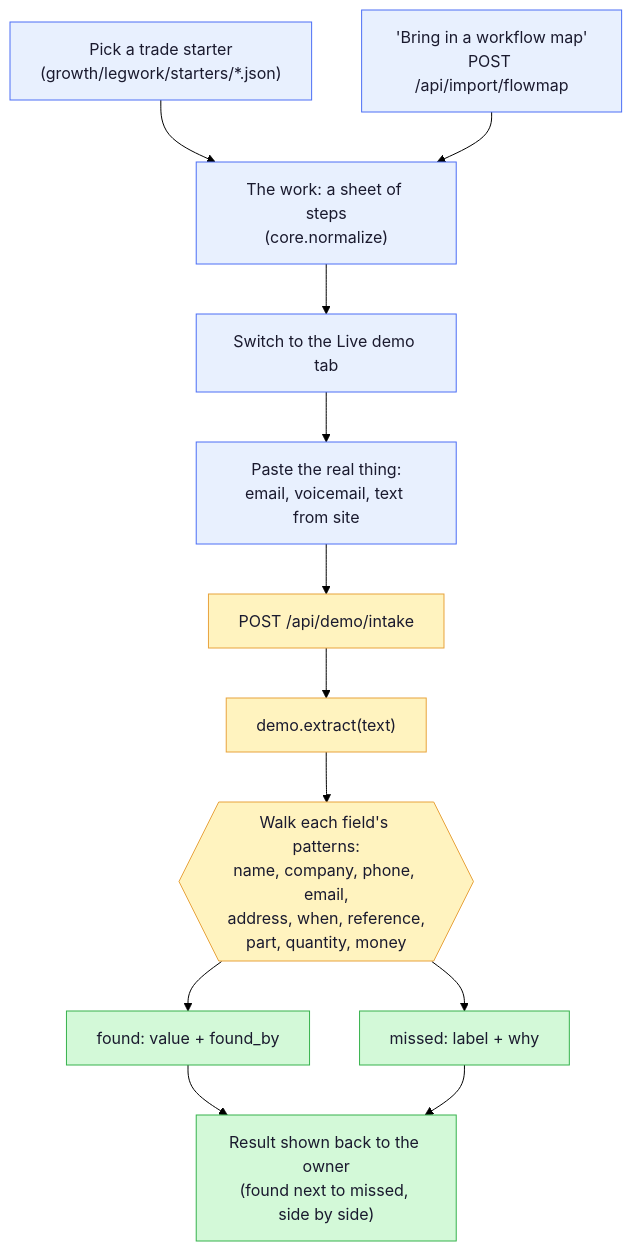
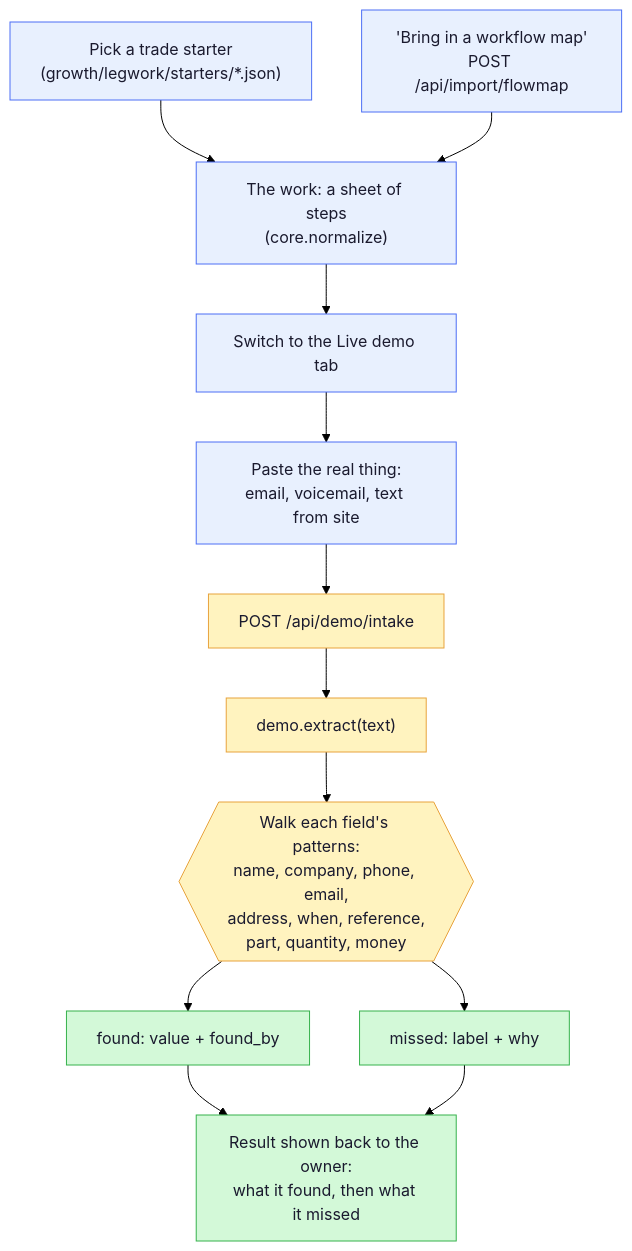
The diagram in README.md (blaine-hiers/Legwork), drawn with Mermaid (forest theme) before and after one commit.

Commit message:
Fix diagram: drop invented 'side by side' layout claim (#9)
Review found the terminal node claimed found/missed render side by side.
paintDemo() in growth/legwork/static/app.js appends the two result cards
sequentially into #demoOut, and neither #demoOut nor the shared .card
rule in _shared/static/base.css declares flex/grid, so the cards stack
vertically. Reworded the node to state what happens without claiming a
horizontal arrangement.

````diff
--- a/README.md
+++ b/README.md
@@ -40,21 +40,21 @@
 ```mermaid
 flowchart TD
     A["Pick a trade starter<br/>(growth/legwork/starters/*.json)"] --> C
     B["'Bring in a workflow map'<br/>POST /api/import/flowmap"] --> C
     C["The work: a sheet of steps<br/>(core.normalize)"] --> D["Switch to the Live demo tab"]
     D --> E["Paste the real thing:<br/>email, voicemail, text from site"]
     E --> F["POST /api/demo/intake"]
     F --> G["demo.extract(text)"]
     G --> H{{"Walk each field's patterns:<br/>name, company, phone, email,<br/>address, when, reference,<br/>part, quantity, money"}}
     H --> I["found: value + found_by"]
     H --> J["missed: label + why"]
-    I --> K["Result shown back to the owner<br/>(found next to missed, side by side)"]
+    I --> K["Result shown back to the owner:<br/>what it found, then what it missed"]
     J --> K
 
     classDef stage fill:#e8f0fe,stroke:#4c6ef5,color:#1a1a2e;
     classDef server fill:#fff3bf,stroke:#e8a33d,color:#1a1a2e;
     classDef outcome fill:#d3f9d8,stroke:#37b24d,color:#1a1a2e;
     class A,B,C,D,E stage;
     class F,G,H server;
     class I,J,K outcome;
 ```
````
